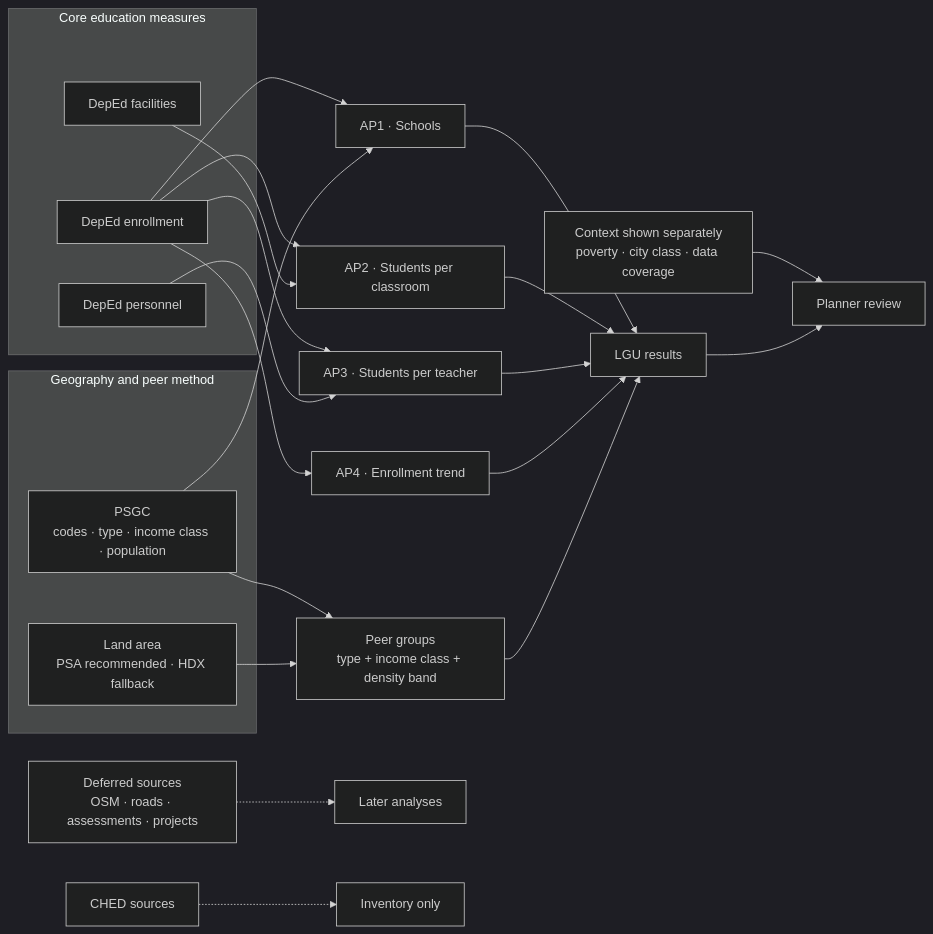
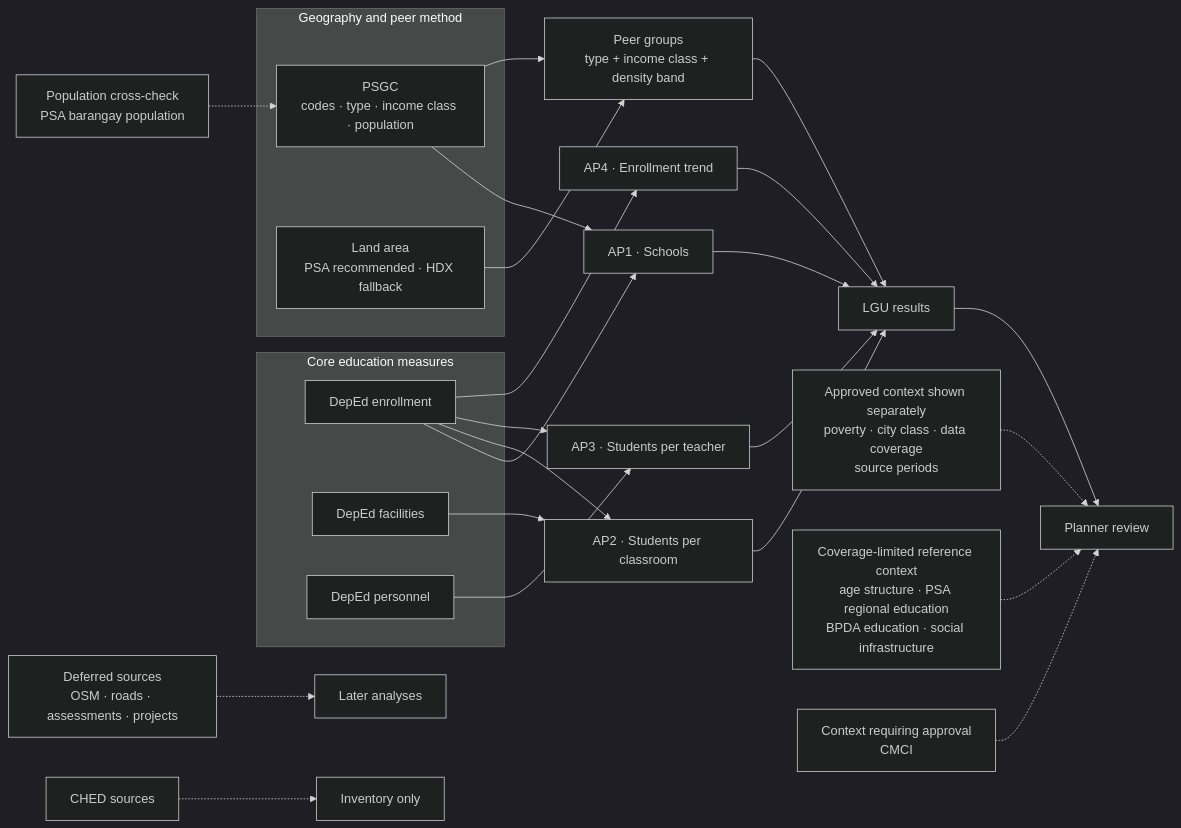
The first of 3 diagrams in docs/business/dataset-use-map.md (reached-hq/edu-access-intelligence), drawn with Mermaid (dark theme) before and after one commit. The commit also changed other lines of this file, not shown here.

````diff
--- a/docs/business/dataset-use-map.md
+++ b/docs/business/dataset-use-map.md
@@ -19,34 +19,37 @@
 ```mermaid
 flowchart LR
     subgraph CORE["Core education measures"]
         ENR["DepEd enrollment"]
         FAC["DepEd facilities"]
         PER["DepEd personnel"]
     end
 
     subgraph METHOD["Geography and peer method"]
-        PSGC["PSGC<br/>codes · type · income class · population"]
-        AREA["Land area<br/>PSA recommended · HDX fallback"]
+    PSGC["PSGC<br/>codes · type · income class · population"]
+    AREA["Land area<br/>PSA recommended · HDX fallback"]
     end
 
     ENR --> AP1["AP1 · Schools"]
     PSGC --> AP1
     ENR --> AP2["AP2 · Students per classroom"]
     FAC --> AP2
     ENR --> AP3["AP3 · Students per teacher"]
     PER --> AP3
     ENR --> AP4["AP4 · Enrollment trend"]
 
     PSGC --> PEERS["Peer groups<br/>type + income class + density band"]
     AREA --> PEERS
     AP1 --> RESULT["LGU results"]
     AP2 --> RESULT
     AP3 --> RESULT
     AP4 --> RESULT
     PEERS --> RESULT
 
-    CONTEXT["Context shown separately<br/>poverty · city class · data coverage"] --> DASH["Planner review"]
+    CONTEXT["Approved context shown separately<br/>poverty · city class · data coverage<br/>source periods"] -.-> DASH["Planner review"]
+    LIMITED["Coverage-limited reference context<br/>age structure · PSA regional education<br/>BPDA education · social infrastructure"] -.-> DASH
+    CANDIDATE["Context requiring approval<br/>CMCI"] -.-> DASH
+    POPCHECK["Population cross-check<br/>PSA barangay population"] -.-> PSGC
     RESULT --> DASH
     DEFER["Deferred sources<br/>OSM · roads · assessments · projects"] -.-> LATER["Later analyses"]
     EXCLUDED["CHED sources"] -.-> RECORD["Inventory only"]
 ```
````
